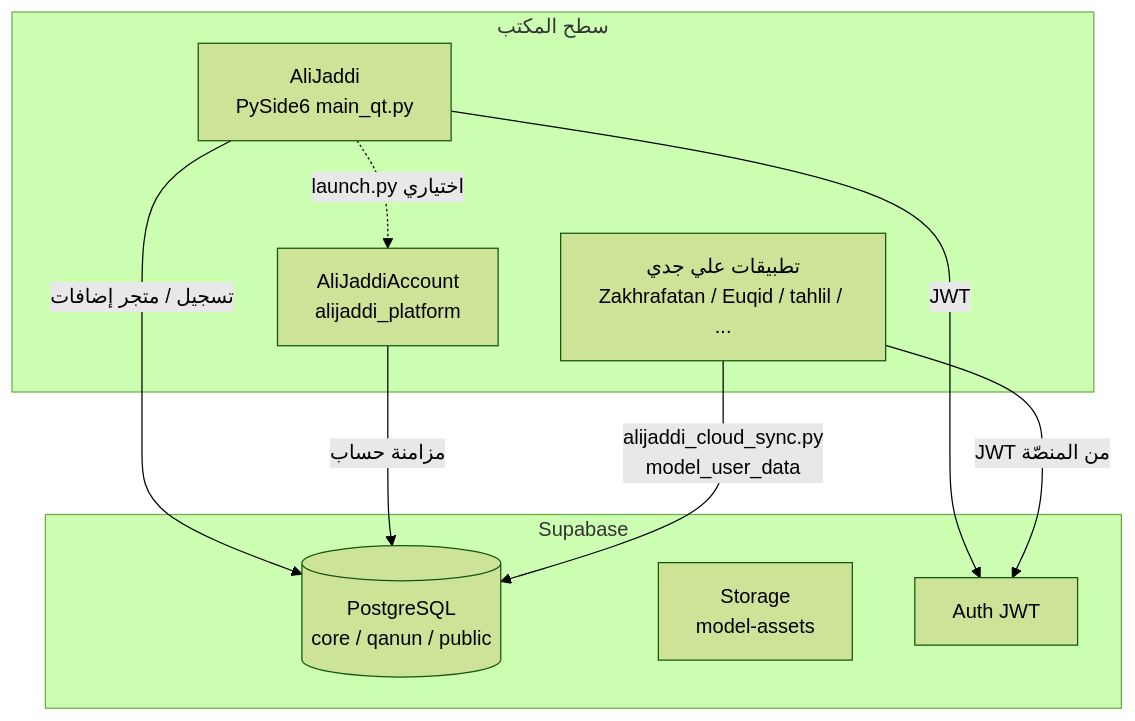
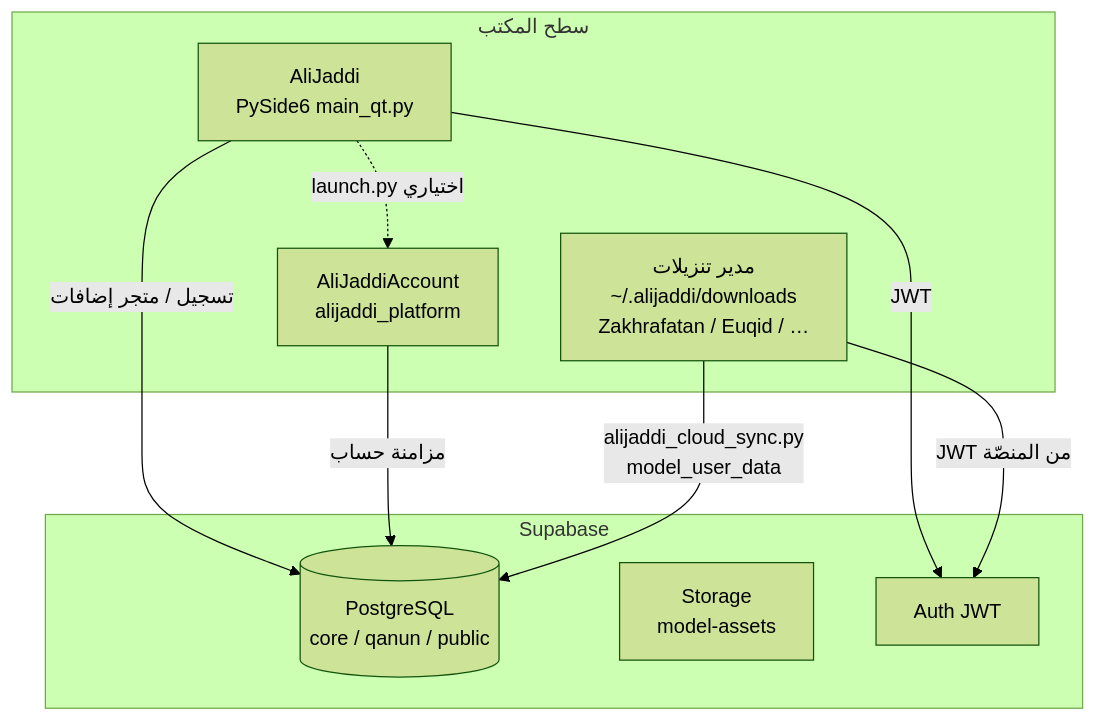
One commit to abdullahalmkotir-maker/AliJaddi changed the first of 2 diagrams in docs/ARCHITECTURE.md. Above: the diagram before and after it, drawn with Mermaid (forest theme). The commit also changed other lines of this file and 19 other files, not shown here.

First line of the commit message:
refactor(paths): drop desktop incubator; use .alijaddi/downloads as download manager

````diff
--- a/docs/ARCHITECTURE.md
+++ b/docs/ARCHITECTURE.md
@@ -7,21 +7,21 @@
 ```mermaid
 flowchart TB
   subgraph desktop [سطح المكتب]
     AJ[AliJaddi\nPySide6 main_qt.py]
     ACC[AliJaddiAccount\nalijaddi_platform]
-    APPS[تطبيقات علي جدي\nZakhrafatan / Euqid / tahlil / ...]
+    APPS[مدير تنزيلات\n~/.alijaddi/downloads\nZakhrafatan / Euqid / …]
   end
 
   subgraph cloud [Supabase]
     PG[(PostgreSQL\ncore / qanun / public)]
     ST[Storage\nmodel-assets]
     AUTH[Auth JWT]
   end
 
   AJ -->|تسجيل / متجر إضافات| PG
   AJ -->|JWT| AUTH
   ACC -->|مزامنة حساب| PG
   APPS -->|alijaddi_cloud_sync.py\nmodel_user_data| PG
   APPS -->|JWT من المنصّة| AUTH
   AJ -.->|launch.py اختياري| ACC
 ```
````
